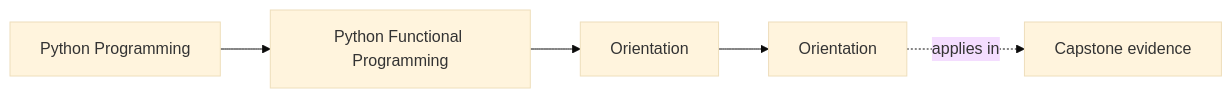
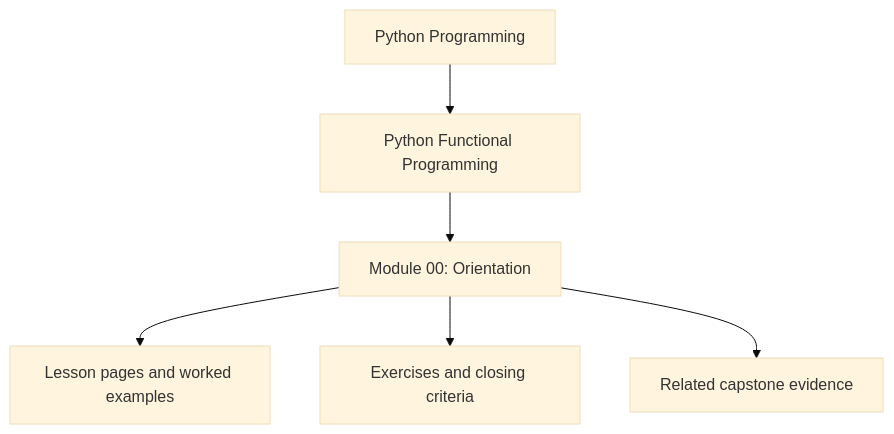
The first of 2 diagrams in programs/python-programming/python-functional-programming/course-book/module-00-orientation/index.md (bijux/bijux-masterclass), drawn with Mermaid (base theme) before and after one commit. The commit also changed other lines of this file and 10 other files, not shown here.

Commit message:
docs(python-functional-programming): reposition module overview diagrams

````diff
--- a/programs/python-programming/python-functional-programming/course-book/module-00-orientation/index.md
+++ b/programs/python-programming/python-functional-programming/course-book/module-00-orientation/index.md
@@ -7,11 +7,8 @@
 ```mermaid
-graph LR
-  family["Python Programming"]
-  program["Python Functional Programming"]
-  section["Orientation"]
-  page["Orientation"]
-  capstone["Capstone evidence"]
-
-  family --> program --> section --> page
-  page -.applies in.-> capstone
+flowchart TD
+  family["Python Programming"] --> program["Python Functional Programming"]
+  program --> module["Module 00: Orientation"]
+  module --> lessons["Lesson pages and worked examples"]
+  module --> checkpoints["Exercises and closing criteria"]
+  module --> capstone["Related capstone evidence"]
 ```
````
